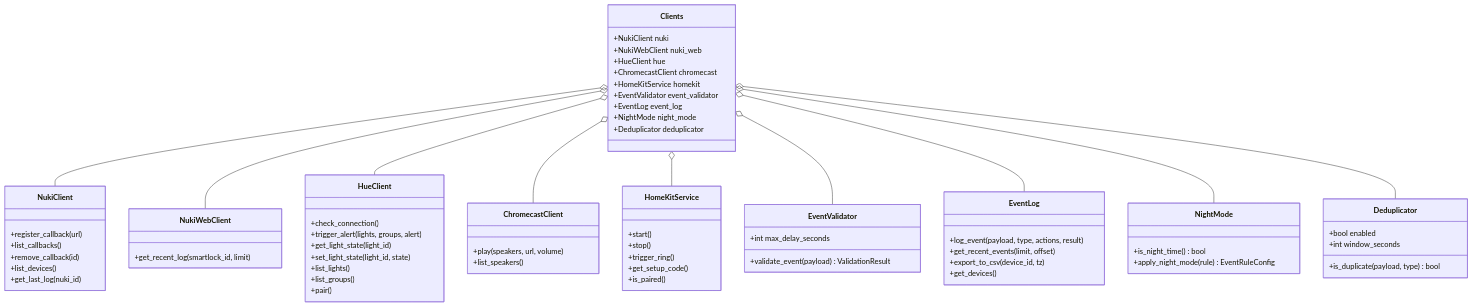
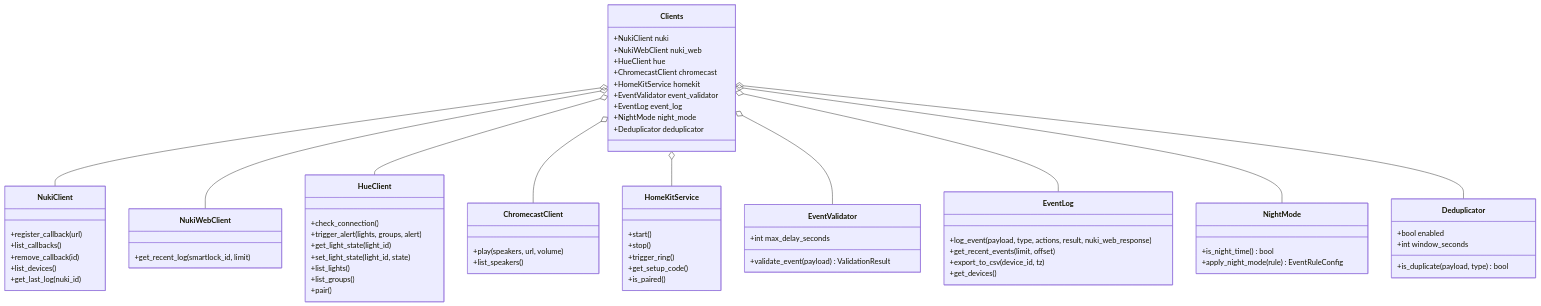
Before and after one commit to nicdobler/NukiBlinker: the second of 8 diagrams in specs/tech-spec.md, drawn with Mermaid. The commit also changed other lines of this file and 10 other files, not shown here.

First line of the commit message:
#232: persist and show Nuki Web API response in the event log (#237)

````diff
--- a/specs/tech-spec.md
+++ b/specs/tech-spec.md
@@ -111,74 +111,74 @@
 ```mermaid
 classDiagram
     class Clients {
         +NukiClient nuki
         +NukiWebClient nuki_web
         +HueClient hue
         +ChromecastClient chromecast
         +HomeKitService homekit
         +EventValidator event_validator
         +EventLog event_log
         +NightMode night_mode
         +Deduplicator deduplicator
     }
 
     class NukiClient {
         +register_callback(url)
         +list_callbacks()
         +remove_callback(id)
         +list_devices()
         +get_last_log(nuki_id)
     }
     class NukiWebClient {
         +get_recent_log(smartlock_id, limit)
     }
     class HueClient {
         +check_connection()
         +trigger_alert(lights, groups, alert)
         +get_light_state(light_id)
         +set_light_state(light_id, state)
         +list_lights()
         +list_groups()
         +pair()
     }
     class ChromecastClient {
         +play(speakers, url, volume)
         +list_speakers()
     }
     class HomeKitService {
         +start()
         +stop()
         +trigger_ring()
         +get_setup_code()
         +is_paired()
     }
     class EventValidator {
         +int max_delay_seconds
         +validate_event(payload) ValidationResult
     }
     class EventLog {
-        +log_event(payload, type, actions, result)
+        +log_event(payload, type, actions, result, nuki_web_response)
         +get_recent_events(limit, offset)
         +export_to_csv(device_id, tz)
         +get_devices()
     }
     class NightMode {
         +is_night_time() bool
         +apply_night_mode(rule) EventRuleConfig
     }
     class Deduplicator {
         +bool enabled
         +int window_seconds
         +is_duplicate(payload, type) bool
     }
 
     Clients o-- NukiClient
     Clients o-- NukiWebClient
     Clients o-- HueClient
     Clients o-- ChromecastClient
     Clients o-- HomeKitService
     Clients o-- EventValidator
     Clients o-- EventLog
     Clients o-- NightMode
     Clients o-- Deduplicator
 ```
````
